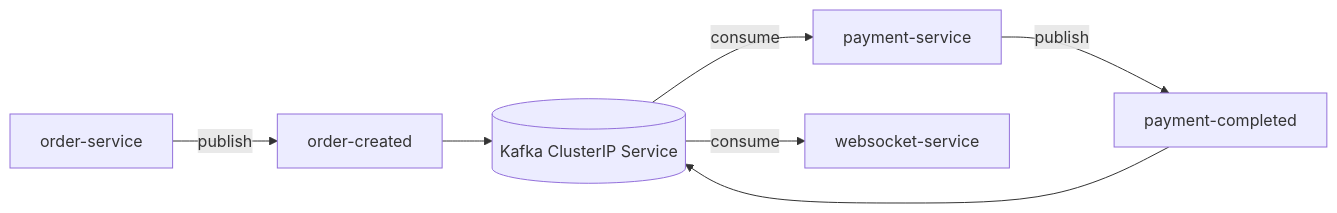
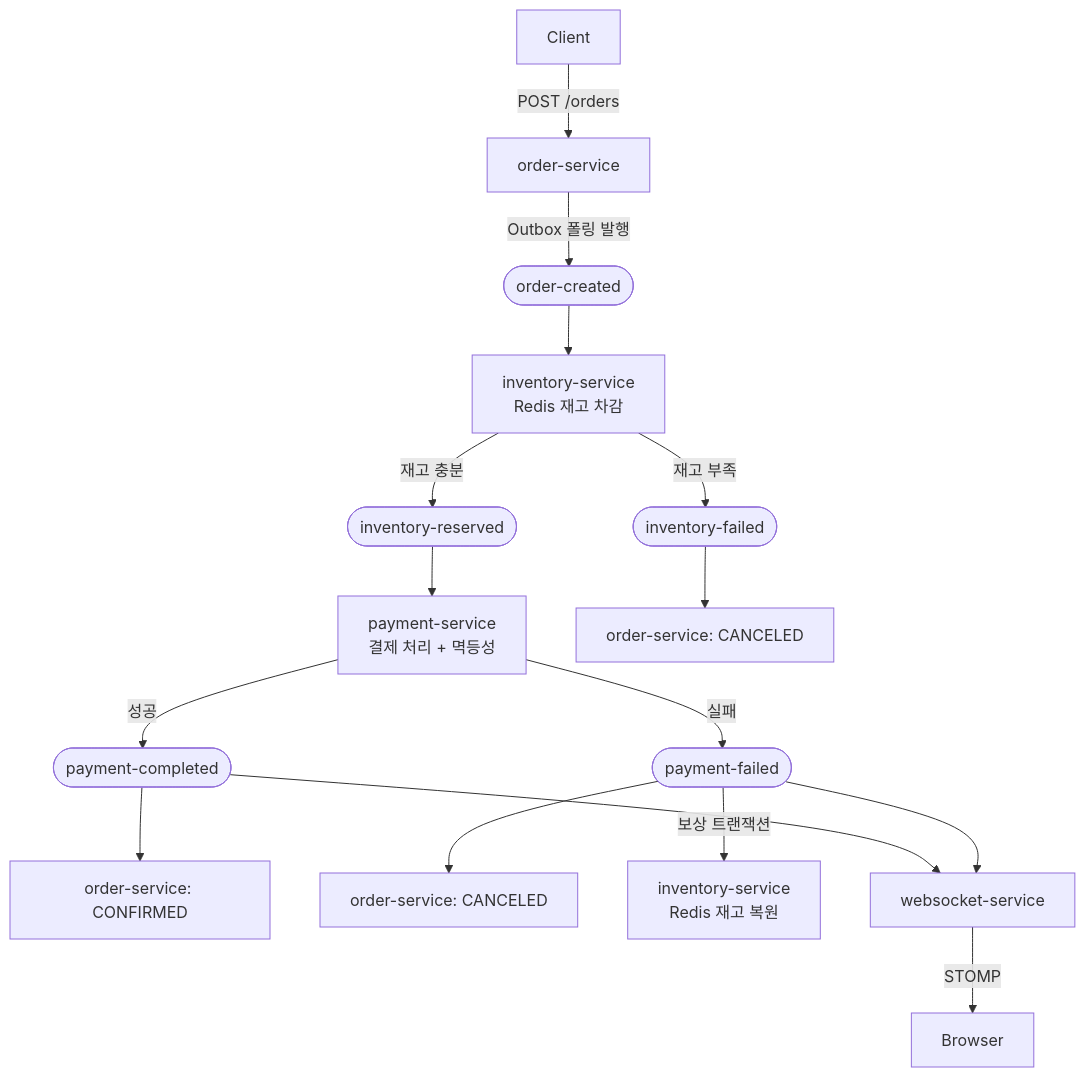
One commit to gkdbssla97/event-driven-msa-lab changed the first of 2 diagrams in README.md. Above: the diagram before and after it, drawn with Mermaid. The commit also changed other lines of this file and 4 other files, not shown here.

First line of the commit message:
docs: README 최신화 + inventory-service 포트 충돌 수정

````diff
--- a/README.md
+++ b/README.md
@@ -250,16 +15,22 @@
 ```mermaid
-flowchart LR
-    OS[order-service]
-    PS[payment-service]
-    WS[websocket-service]
-    K[(Kafka ClusterIP Service)]
-    OC[order-created]
-    PC[payment-completed]
+flowchart TB
+    Client[Client] -->|POST /orders| Order[order-service]
+    Order -->|Outbox 폴링 발행| OC([order-created])
+    OC --> Inventory[inventory-service<br/>Redis 재고 차감]
 
-    OS -->|publish| OC
-    OC --> K
-    K -->|consume| PS
-    PS -->|publish| PC
-    PC --> K
-    K -->|consume| WS
+    Inventory -->|재고 충분| IR([inventory-reserved])
+    Inventory -->|재고 부족| IF([inventory-failed])
+
+    IR --> Payment[payment-service<br/>결제 처리 + 멱등성]
+    Payment -->|성공| PC([payment-completed])
+    Payment -->|실패| PF([payment-failed])
+
+    IF --> Order2[order-service: CANCELED]
+    PC --> Order3[order-service: CONFIRMED]
+    PF --> Order4[order-service: CANCELED]
+    PF -->|보상 트랜잭션| Inventory2[inventory-service<br/>Redis 재고 복원]
+
+    PC --> WS[websocket-service]
+    PF --> WS
+    WS -->|STOMP| Browser[Browser]
 ```
````
